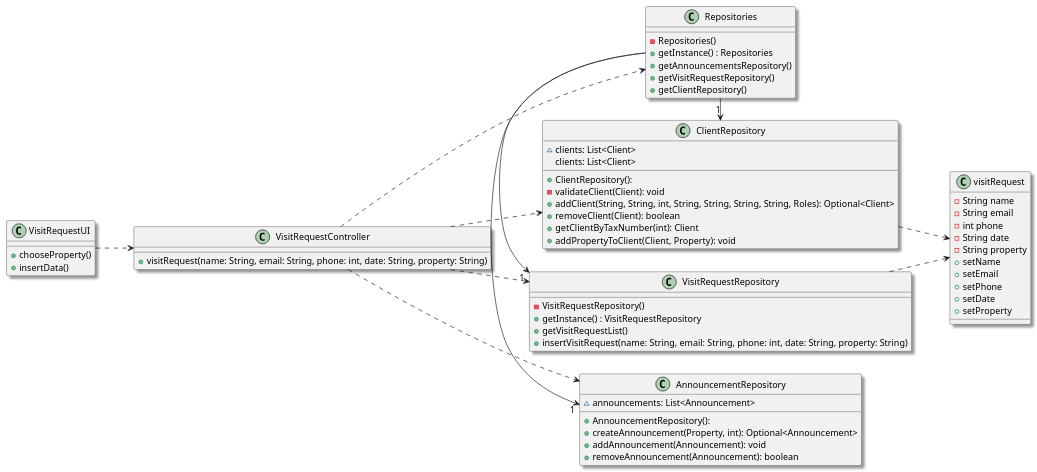
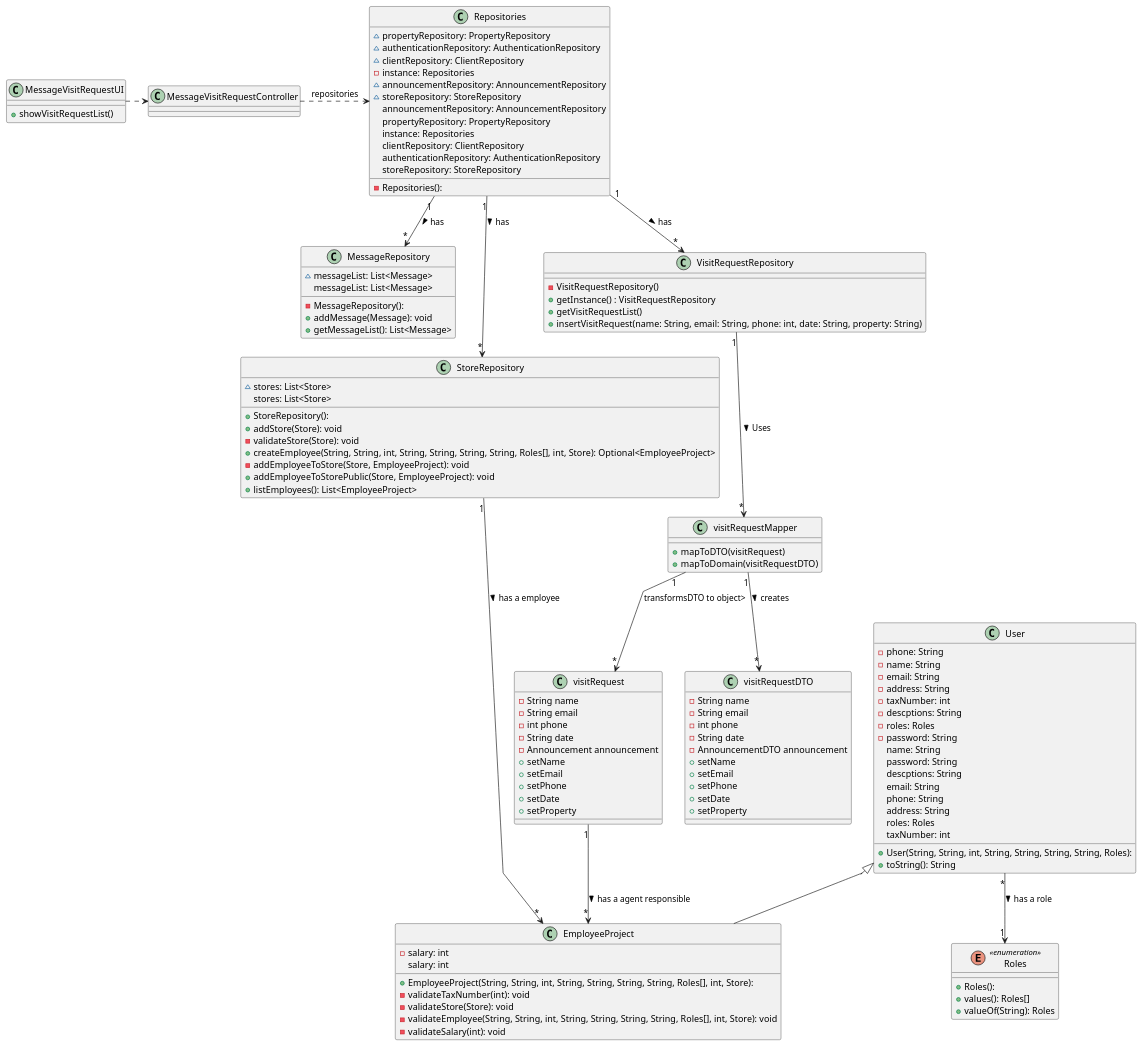
Before and after one commit to hugosilva2901/lei-22-s2-1DO-g68: the diagram in lei-22-s2-1do-g68/docs/SprintD/us016/03.design/puml/us009-class-diagram.puml, drawn with PlantUML. The commit also changed 4 other files, not shown here.

```diff
--- a/lei-22-s2-1do-g68/docs/SprintD/us016/03.design/puml/us009-class-diagram.puml
+++ b/lei-22-s2-1do-g68/docs/SprintD/us016/03.design/puml/us009-class-diagram.puml
@@ -1,77 +1,143 @@
 @startuml
-skinparam monochrome false
+'skinparam monochrome true
 skinparam packageStyle rectangle
-skinparam shadowing true
-top to bottom direction
-left to right direction
+skinparam shadowing false
+skinparam linetype polyline
+'skinparam linetype orto
 
 skinparam classAttributeIconSize "2"
-
-class VisitRequestUI {
-    +chooseProperty()
-    +insertData()
+'left to right direction
+class Repositories {
+  - Repositories():
+  ~ propertyRepository: PropertyRepository
+  ~ authenticationRepository: AuthenticationRepository
+  ~ clientRepository: ClientRepository
+  - instance: Repositories
+  ~ announcementRepository: AnnouncementRepository
+  ~ storeRepository: StoreRepository
+   announcementRepository: AnnouncementRepository
+   propertyRepository: PropertyRepository
+   instance: Repositories
+   clientRepository: ClientRepository
+   authenticationRepository: AuthenticationRepository
+   storeRepository: StoreRepository
 }
 
-class VisitRequestController {
-    + visitRequest(name: String, email: String, phone: int, date: String, property: String)
+class MessageRepository {
+  - MessageRepository():
+  ~ messageList: List<Message>
+  + addMessage(Message): void
+  + getMessageList(): List<Message>
+   messageList: List<Message>
 }
 
-class Repositories {
-    - Repositories()
-    + getInstance() : Repositories
-    + getAnnouncementsRepository()
-    + getVisitRequestRepository()
-    + getClientRepository()
+class StoreRepository {
+  + StoreRepository():
+  ~ stores: List<Store>
+  + addStore(Store): void
+  - validateStore(Store): void
+  + createEmployee(String, String, int, String, String, String, String, Roles[], int, Store): Optional<EmployeeProject>
+  - addEmployeeToStore(Store, EmployeeProject): void
+  + addEmployeeToStorePublic(Store, EmployeeProject): void
+  + listEmployees(): List<EmployeeProject>
+   stores: List<Store>
 }
 
-class AnnouncementRepository {
-  + AnnouncementRepository():
-  ~ announcements: List<Announcement>
-  + createAnnouncement(Property, int): Optional<Announcement>
-  + addAnnouncement(Announcement): void
-  + removeAnnouncement(Announcement): boolean
-}
 
 class VisitRequestRepository {
     - VisitRequestRepository()
     + getInstance() : VisitRequestRepository
     + getVisitRequestList()
     + insertVisitRequest(name: String, email: String, phone: int, date: String, property: String)
 }
 
-class ClientRepository {
-  + ClientRepository():
-  ~ clients: List<Client>
-  - validateClient(Client): void
-  + addClient(String, String, int, String, String, String, String, Roles): Optional<Client>
-  + removeClient(Client): boolean
-  + getClientByTaxNumber(int): Client
-  + addPropertyToClient(Client, Property): void
-   clients: List<Client>
+class MessageVisitRequestUI {
+    + showVisitRequestList()
+}
+
+
+class MessageVisitRequestController{
+}
+
+class User {
+  + User(String, String, int, String, String, String, String, Roles):
+  - phone: String
+  - name: String
+  - email: String
+  - address: String
+  - taxNumber: int
+  - descptions: String
+  - roles: Roles
+  - password: String
+  + toString(): String
+   name: String
+   password: String
+   descptions: String
+   email: String
+   phone: String
+   address: String
+   roles: Roles
+   taxNumber: int
+}
+
+enum Roles << enumeration >> {
+  + Roles():
+  + values(): Roles[]
+  + valueOf(String): Roles
 }
 
 class visitRequest {
     -String name
     -String email
     -int phone
     -String date
-    -String property
+    -Announcement announcement
     +setName
     +setEmail
     +setPhone
     +setDate
     +setProperty
 }
 
-VisitRequestUI -.> VisitRequestController
-VisitRequestController -.> Repositories
-Repositories -> "1" AnnouncementRepository
-Repositories -> "1" VisitRequestRepository
-Repositories -> "1" ClientRepository
-VisitRequestRepository -.> visitRequest
-ClientRepository -.> visitRequest
-VisitRequestController ..> AnnouncementRepository
-VisitRequestController ..> VisitRequestRepository
-VisitRequestController ..> ClientRepository
+class visitRequestDTO{
+    -String name
+    -String email
+    -int phone
+    -String date
+    -AnnouncementDTO announcement
+    +setName
+    +setEmail
+    +setPhone
+    +setDate
+    +setProperty
+}
 
+class visitRequestMapper{
+    +mapToDTO(visitRequest)
+    +mapToDomain(visitRequestDTO)
+}
+
+
+
+
+class EmployeeProject extends User{
+  + EmployeeProject(String, String, int, String, String, String, String, Roles[], int, Store):
+  - salary: int
+  - validateTaxNumber(int): void
+  - validateStore(Store): void
+  - validateEmployee(String, String, int, String, String, String, String, Roles[], int, Store): void
+  - validateSalary(int): void
+   salary: int
+}
+MessageVisitRequestController .> Repositories : repositories
+MessageVisitRequestUI .> MessageVisitRequestController
+Repositories "1" --> "*" StoreRepository : has >
+Repositories "1" --> "*" VisitRequestRepository : has >
+Repositories "1" --> "*" MessageRepository : has >
+VisitRequestRepository "1" --> "*" visitRequestMapper : Uses >
+visitRequestMapper "1" --> "*" visitRequestDTO : creates >
+visitRequestMapper "1" --> "*" visitRequest : transformsDTO to object>
+visitRequest "1" --> "*" EmployeeProject : has a agent responsible >
+User "*" --> "1" Roles : has a role >
+StoreRepository "1" --> "*" EmployeeProject : has a employee >
 @enduml
```
